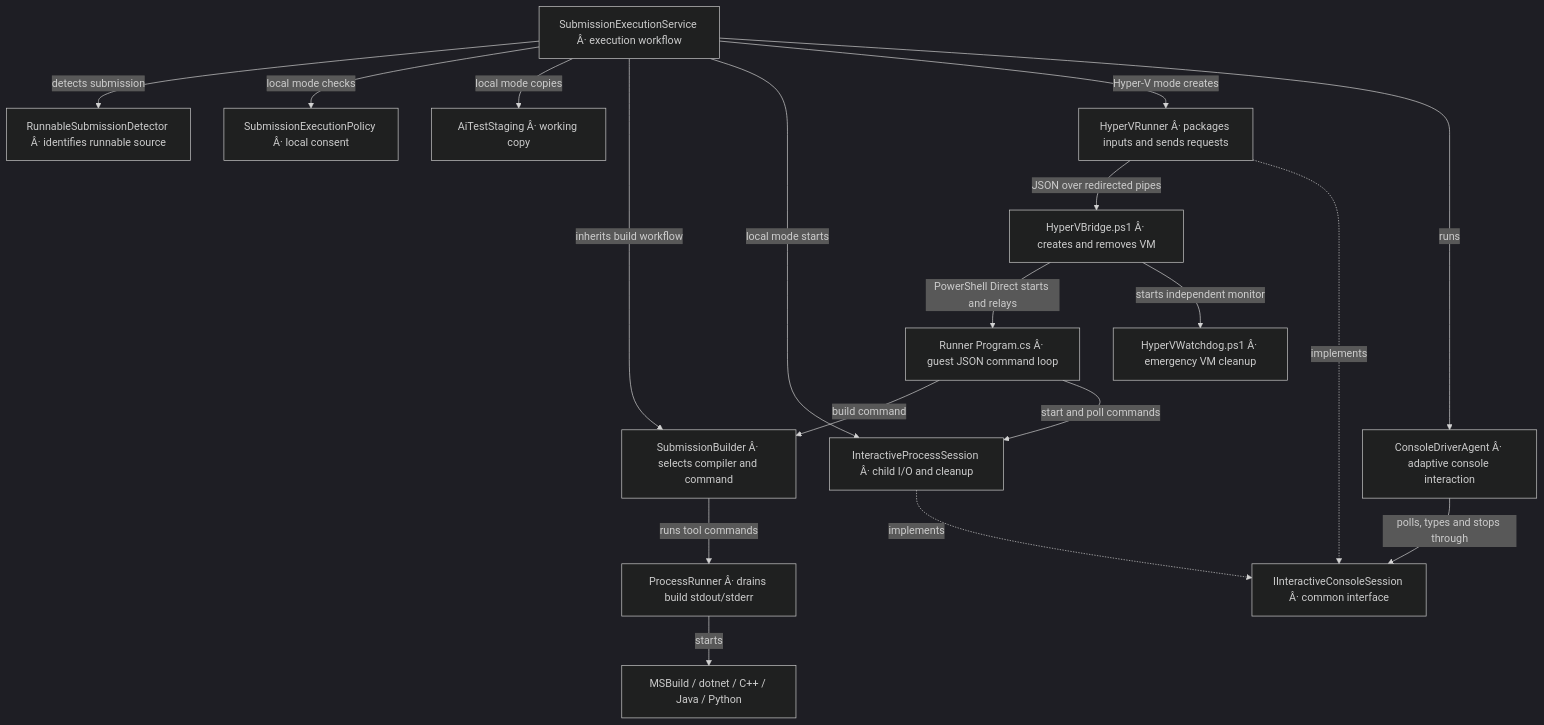
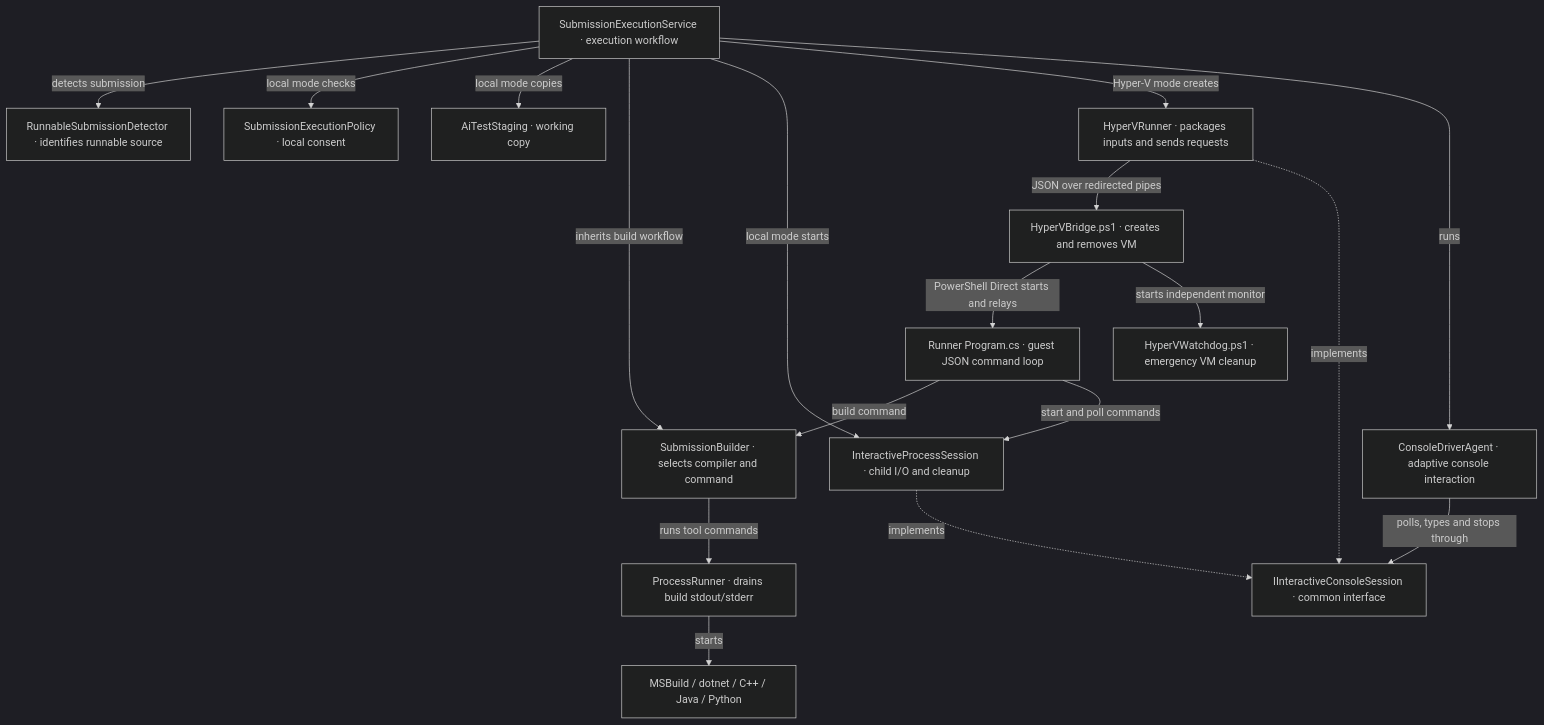
The second of 7 diagrams in KNOWLEDGE_GRAPH.md (signalnotnoise/GuidedGrade), drawn with Mermaid (dark theme) before and after one commit. The commit also changed other lines of this file and 10 other files, not shown here.

````diff
--- a/KNOWLEDGE_GRAPH.md
+++ b/KNOWLEDGE_GRAPH.md
@@ -40,34 +40,34 @@
 ```mermaid
 flowchart TD
-    Exec["SubmissionExecutionService Â· execution workflow"]
-    Detect["RunnableSubmissionDetector Â· identifies runnable source"]
-    Policy["SubmissionExecutionPolicy Â· local consent"]
-    Stage["AiTestStaging Â· working copy"]
-    Build["SubmissionBuilder Â· selects compiler and command"]
-    Process["ProcessRunner Â· drains build stdout/stderr"]
+    Exec["SubmissionExecutionService · execution workflow"]
+    Detect["RunnableSubmissionDetector · identifies runnable source"]
+    Policy["SubmissionExecutionPolicy · local consent"]
+    Stage["AiTestStaging · working copy"]
+    Build["SubmissionBuilder · selects compiler and command"]
+    Process["ProcessRunner · drains build stdout/stderr"]
     Tools["MSBuild / dotnet / C++ / Java / Python"]
-    Session["InteractiveProcessSession Â· child I/O and cleanup"]
-    Contract["IInteractiveConsoleSession Â· common interface"]
-    Agent["ConsoleDriverAgent Â· adaptive console interaction"]
-    VM["HyperVRunner Â· packages inputs and sends requests"]
-    Bridge["HyperVBridge.ps1 Â· creates and removes VM"]
-    Worker["Runner Program.cs Â· guest JSON command loop"]
-    Watch["HyperVWatchdog.ps1 Â· emergency VM cleanup"]
+    Session["InteractiveProcessSession · child I/O and cleanup"]
+    Contract["IInteractiveConsoleSession · common interface"]
+    Agent["ConsoleDriverAgent · adaptive console interaction"]
+    VM["HyperVRunner · packages inputs and sends requests"]
+    Bridge["HyperVBridge.ps1 · creates and removes VM"]
+    Worker["Runner Program.cs · guest JSON command loop"]
+    Watch["HyperVWatchdog.ps1 · emergency VM cleanup"]
     Exec -->|detects submission| Detect
     Exec -->|local mode checks| Policy
     Exec -->|local mode copies| Stage
     Exec -->|inherits build workflow| Build
     Build -->|runs tool commands| Process
     Process -->|starts| Tools
     Exec -->|local mode starts| Session
     Exec -->|Hyper-V mode creates| VM
     VM -->|JSON over redirected pipes| Bridge
     Bridge -->|PowerShell Direct starts and relays| Worker
     Bridge -->|starts independent monitor| Watch
     Worker -->|build command| Build
     Worker -->|start and poll commands| Session
     Session -.->|implements| Contract
     VM -.->|implements| Contract
     Exec -->|runs| Agent
     Agent -->|polls, types and stops through| Contract
 ```
````
